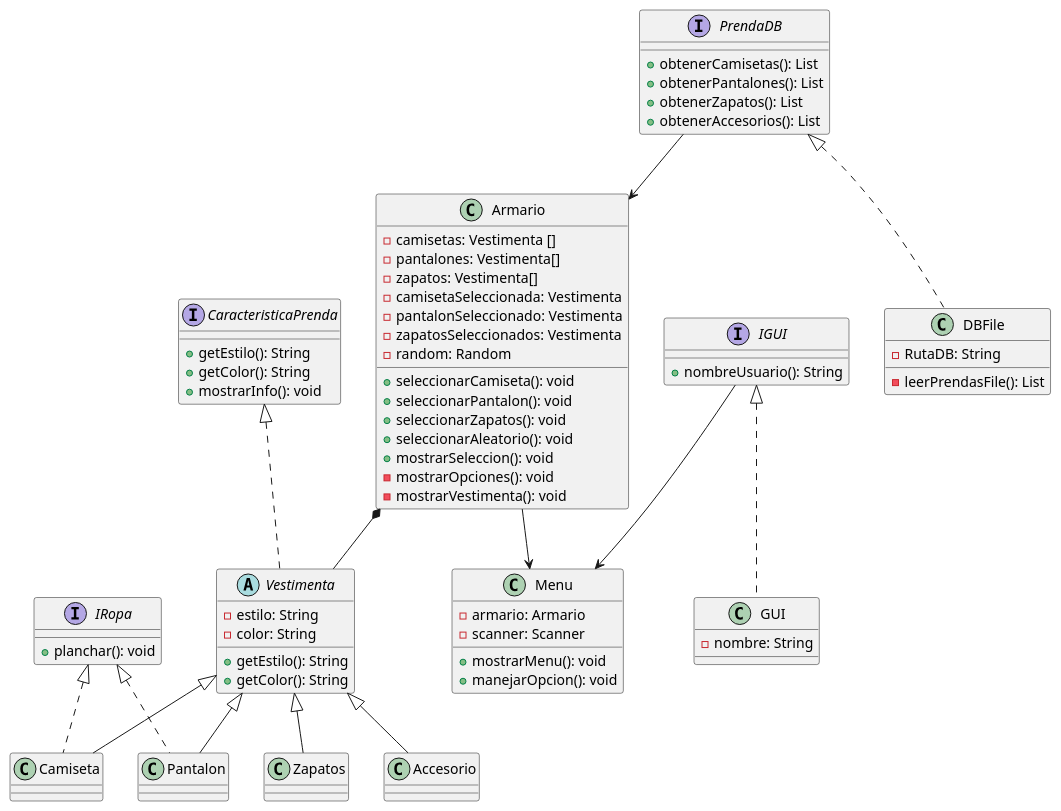
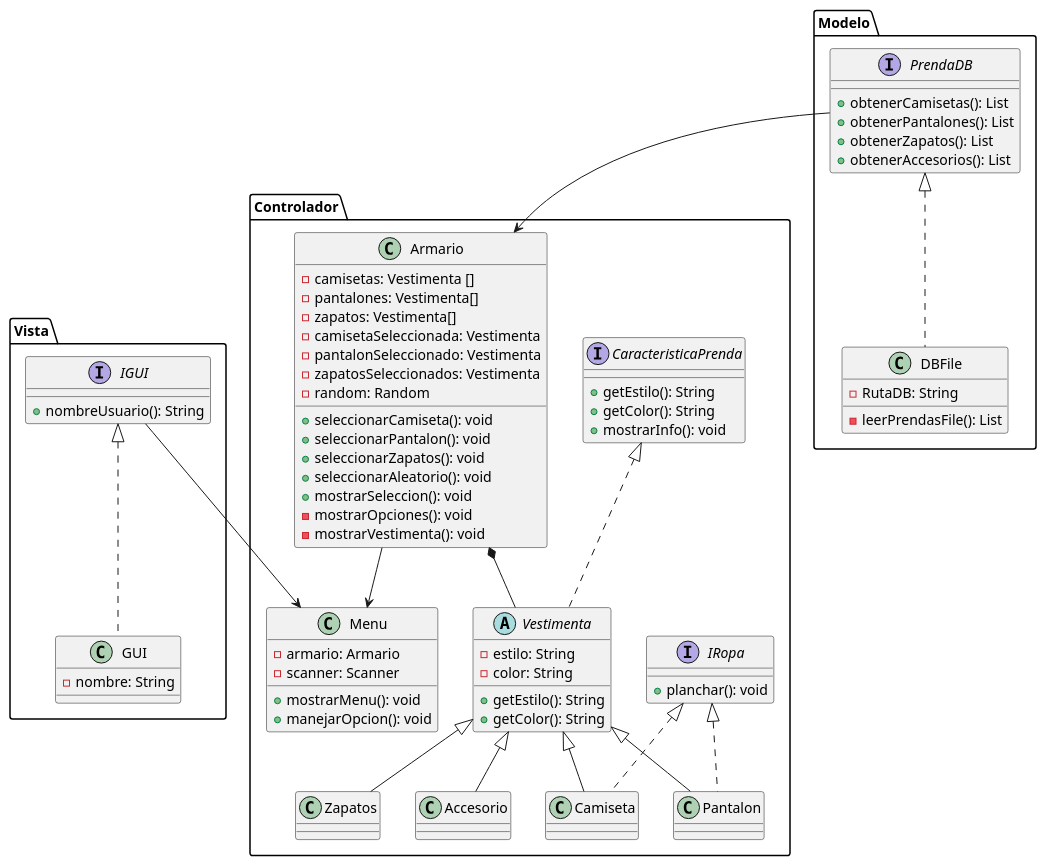
The diagram in diagrama.plantuml (lauraax/ArmarioChimba), drawn with PlantUML before and after one commit. The commit also changed 1 other file, not shown here.

```diff
--- a/diagrama.plantuml
+++ b/diagrama.plantuml
@@ -1,88 +1,92 @@
 @startuml
+package Controlador{
 interface CaracteristicaPrenda {
     +getEstilo(): String
     +getColor(): String
     +mostrarInfo(): void
 }
 interface IRopa{
     +planchar(): void
 }
 
 abstract class Vestimenta {
     -estilo: String
     -color: String
     +getEstilo(): String
     +getColor(): String
 }
 
 class Camiseta {
 }
 
 class Pantalon {
 }
 
 class Zapatos {
 }
 class Accesorio{
 }
 class Armario {
     -camisetas: Vestimenta []
     -pantalones: Vestimenta[]
     -zapatos: Vestimenta[]
     -camisetaSeleccionada: Vestimenta
     -pantalonSeleccionado: Vestimenta
     -zapatosSeleccionados: Vestimenta
     -random: Random
     +seleccionarCamiseta(): void
     +seleccionarPantalon(): void    
     +seleccionarZapatos(): void
     +seleccionarAleatorio(): void
     +mostrarSeleccion(): void
     -mostrarOpciones(): void
     -mostrarVestimenta(): void    
     
 }
 class Menu {
     -armario: Armario
     -scanner: Scanner
     +mostrarMenu(): void
     +manejarOpcion(): void
-
 }
+}
+package Vista{
 Class GUI {
     - nombre: String
 }
 interface IGUI{
     + nombreUsuario(): String
 }
-
+}
+package Modelo {
 interface PrendaDB{
     + obtenerCamisetas(): List
     + obtenerPantalones(): List
     + obtenerZapatos(): List
     + obtenerAccesorios(): List
 }
 
 class DBFile{
     - RutaDB: String
     - leerPrendasFile(): List
+}
 }
 CaracteristicaPrenda <|.. Vestimenta 
 Vestimenta <|-- Camiseta
 Vestimenta <|-- Pantalon
 Vestimenta <|-- Zapatos
 Vestimenta <|-- Accesorio
 
 IRopa <|.. Camiseta
 IRopa <|.. Pantalon
 
 Armario --> Menu
 Armario *-- Vestimenta 
  
 IGUI --> Menu
 IGUI <|.. GUI
 
 PrendaDB --> Armario
 PrendaDB <|.. DBFile
 
 @enduml
```
